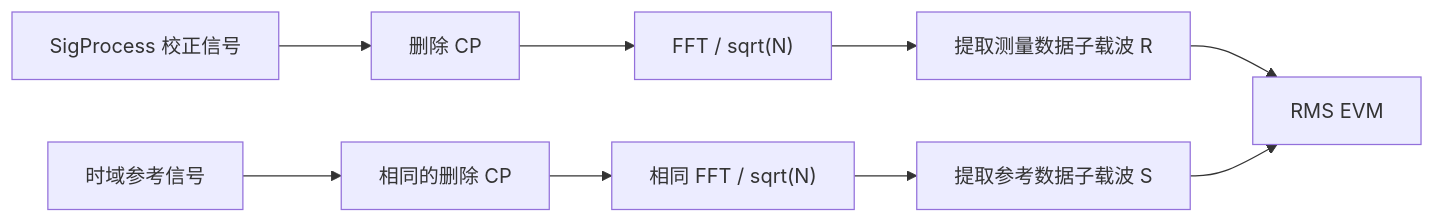
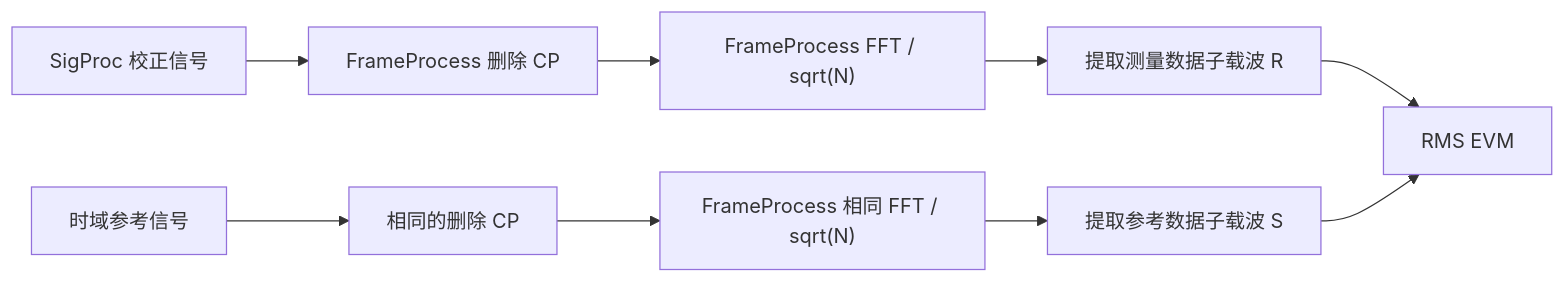
One commit to niyilu45/DPD_ILC changed the third of 9 diagrams in doc/Analysis.md. Above: the diagram before and after it, drawn with Mermaid. The commit also changed other lines of this file and 19 other files, not shown here.

````diff
--- a/doc/Analysis.md
+++ b/doc/Analysis.md
@@ -234,11 +234,11 @@
 ```mermaid
 flowchart LR
-    A["SigProcess 校正信号"] --> B["删除 CP"]
+    A["SigProc 校正信号"] --> B["FrameProcess 删除 CP"]
     reference["时域参考信号"] --> B2["相同的删除 CP"]
-    B --> C["FFT / sqrt(N)"]
-    B2 --> C2["相同 FFT / sqrt(N)"]
+    B --> C["FrameProcess FFT / sqrt(N)"]
+    B2 --> C2["FrameProcess 相同 FFT / sqrt(N)"]
     C --> D["提取测量数据子载波 R"]
     C2 --> D2["提取参考数据子载波 S"]
     D --> G["RMS EVM"]
     D2 --> G
 ```
````
